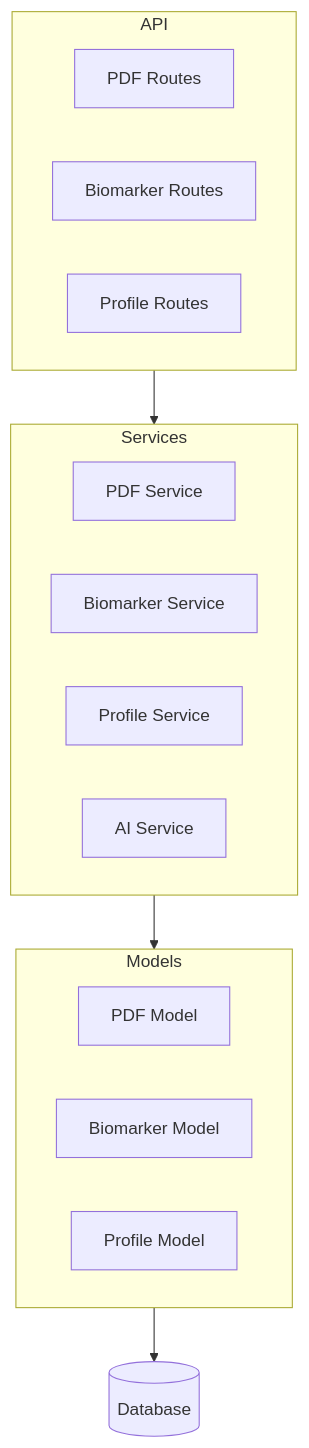
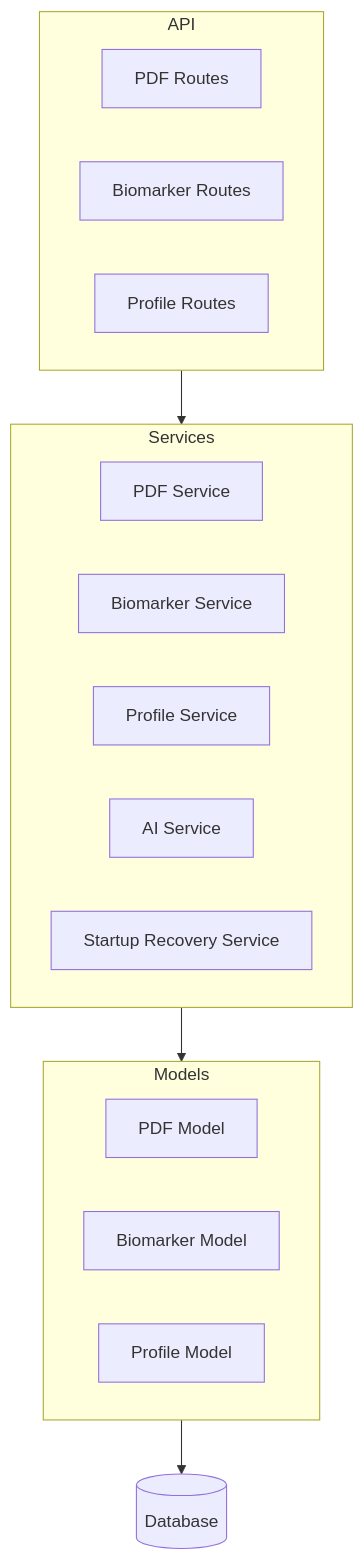
One commit to aman-ankur/vein-diagram changed the third of 7 diagrams in memory-bank/systemPatterns.md. Above: the diagram before and after it, drawn with Mermaid. The commit also changed other lines of this file and 14 other files, not shown here.

````diff
--- a/memory-bank/systemPatterns.md
+++ b/memory-bank/systemPatterns.md
@@ -121,25 +123,26 @@
 ```mermaid
 graph TD
     subgraph API
         PDFRoutes[PDF Routes]
         BiomarkerRoutes[Biomarker Routes]
         ProfileRoutes[Profile Routes]
     end
 
     subgraph Services
         PDFService[PDF Service]
         BiomarkerService[Biomarker Service]
         ProfileService[Profile Service]
         AIService[AI Service]
+        RecoveryService[Startup Recovery Service]
     end
 
     subgraph Models
         PDF[PDF Model]
         Biomarker[Biomarker Model]
         Profile[Profile Model]
     end
 
     API --> Services
     Services --> Models
     Models --> DB[(Database)]
 ```
````
